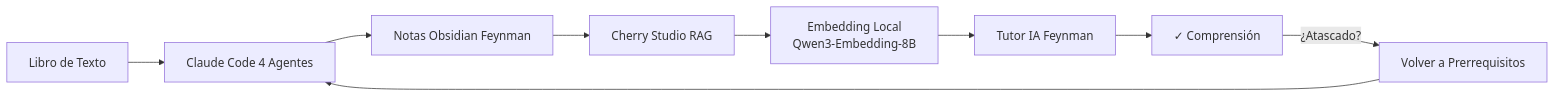
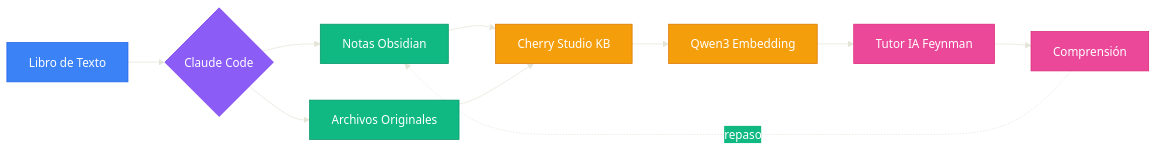
One commit to 3229218431/FeynFlow changed the diagram in README.es.md. Above: the diagram before and after it, drawn with Mermaid. The commit also changed other lines of this file and 2 other files, not shown here.

Commit message:
Sync all 3 READMEs: Chinese/English/Spanish with matching core content. Fix gantt with proper date format + Chinese labels. All charts localized per language.

````diff
--- a/README.es.md
+++ b/README.es.md
@@ -21,11 +34,19 @@
 ```mermaid
-flowchart LR
-    A[Libro de Texto] --> B[Claude Code 4 Agentes]
-    B --> C[Notas Obsidian Feynman]
-    C --> D[Cherry Studio RAG]
-    D --> E[Embedding Local<br>Qwen3-Embedding-8B]
-    E --> F[Tutor IA Feynman]
-    F --> G[✓ Comprensión]
-    G -->|¿Atascado?| H[Volver a Prerrequisitos]
-    H --> B
+%%{init: {'theme':'base','themeVariables': {'background': '#1a1b26','primaryColor': '#3B82F6','primaryTextColor': '#fff','secondaryColor': '#10B981','tertiaryColor': '#F59E0B'}}}%%
+graph LR
+    A[Libro de Texto]:::input --> B{Claude Code}:::process
+    B --> C[Notas Obsidian]:::output
+    B --> D[Archivos Originales]:::output
+    C --> E[Cherry Studio KB]:::ai
+    D --> E
+    E --> F[Qwen3 Embedding]:::ai
+    F --> G[Tutor IA Feynman]:::learn
+    G --> H[Comprensión]:::learn
+    H -.->|repaso| C
+    
+    classDef input fill:#3B82F6,stroke:#2563EB,color:#fff
+    classDef process fill:#8B5CF6,stroke:#7C3AED,color:#fff
+    classDef output fill:#10B981,stroke:#059669,color:#fff
+    classDef ai fill:#F59E0B,stroke:#D97706,color:#fff
+    classDef learn fill:#EC4899,stroke:#DB2777,color:#fff
 ```
````
